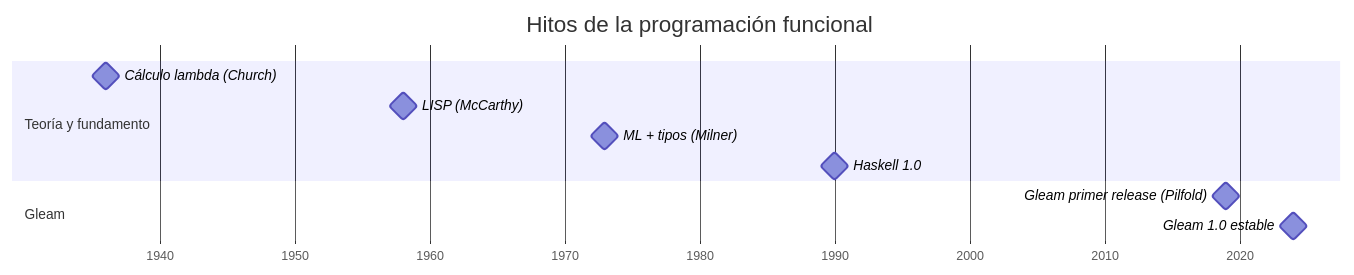
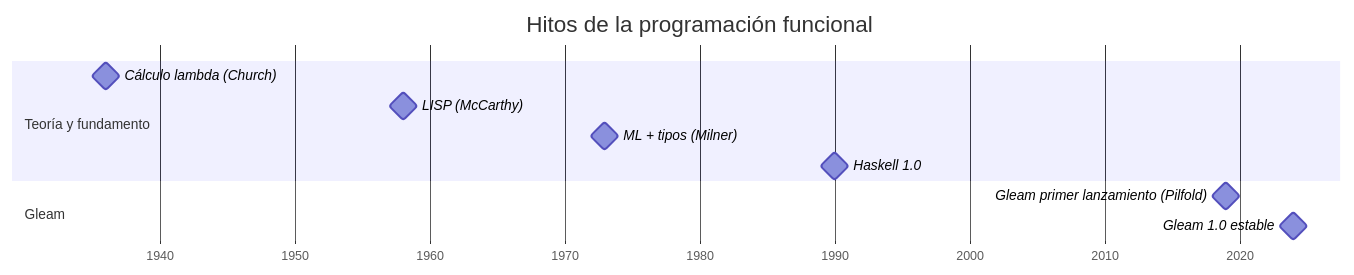
The diagram in research/Línea de tiempo de la programación funcional: de 1930 a Gleam (2024)/readme.md (Pabblin/programacionlogicayfuncional), drawn with Mermaid before and after one commit. The commit also changed other lines of this file, not shown here.

````diff
--- a/research/Línea de tiempo de la programación funcional: de 1930 a Gleam (2024)/readme.md
+++ b/research/Línea de tiempo de la programación funcional: de 1930 a Gleam (2024)/readme.md
@@ -24,14 +25,16 @@
 ```mermaid
 gantt
     title Hitos de la programación funcional
     dateFormat YYYY
     axisFormat %Y
+
     section Teoría y fundamento
     Cálculo lambda (Church)           :milestone, 1936, 0d
     LISP (McCarthy)                   :milestone, 1958, 0d
     ML + tipos (Milner)               :milestone, 1973, 0d
     Haskell 1.0                       :milestone, 1990, 0d
+
     section Gleam
-    Gleam primer release (Pilfold)    :milestone, 2019, 0d
+    Gleam primer lanzamiento (Pilfold) :milestone, 2019, 0d
     Gleam 1.0 estable                 :milestone, 2024, 0d
 ```
````
